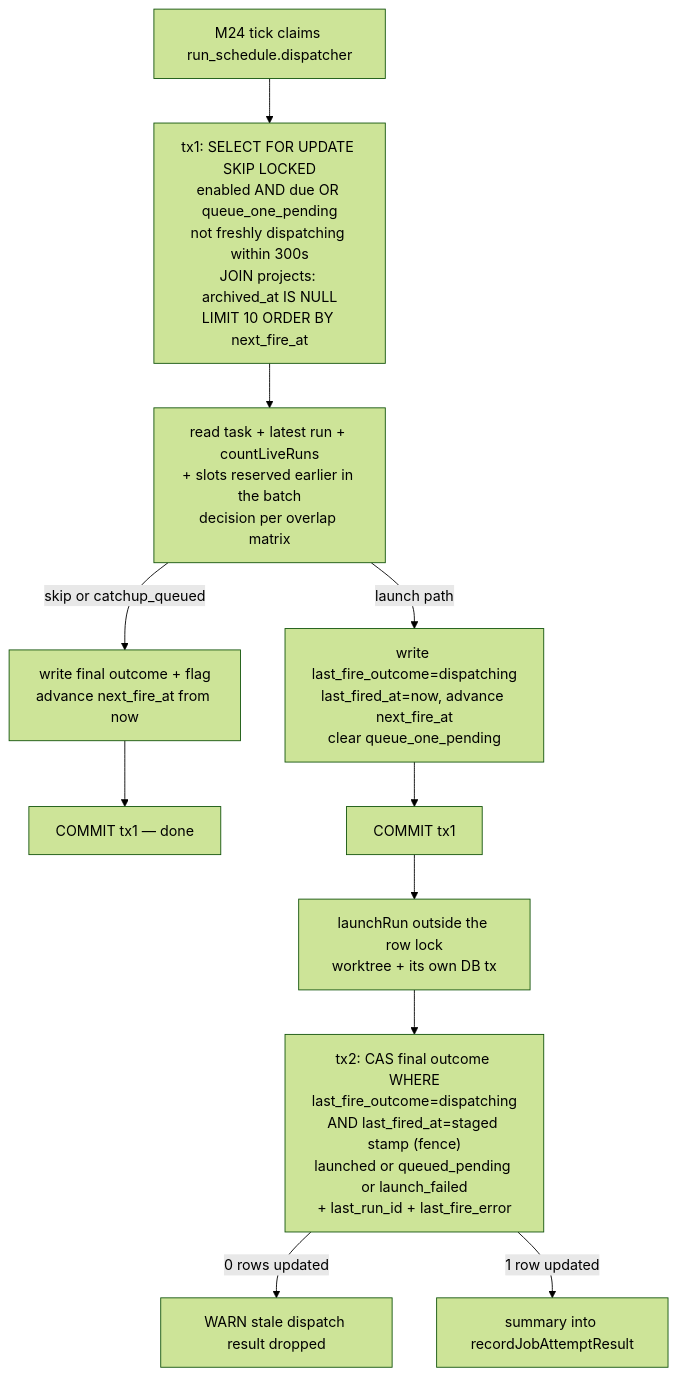
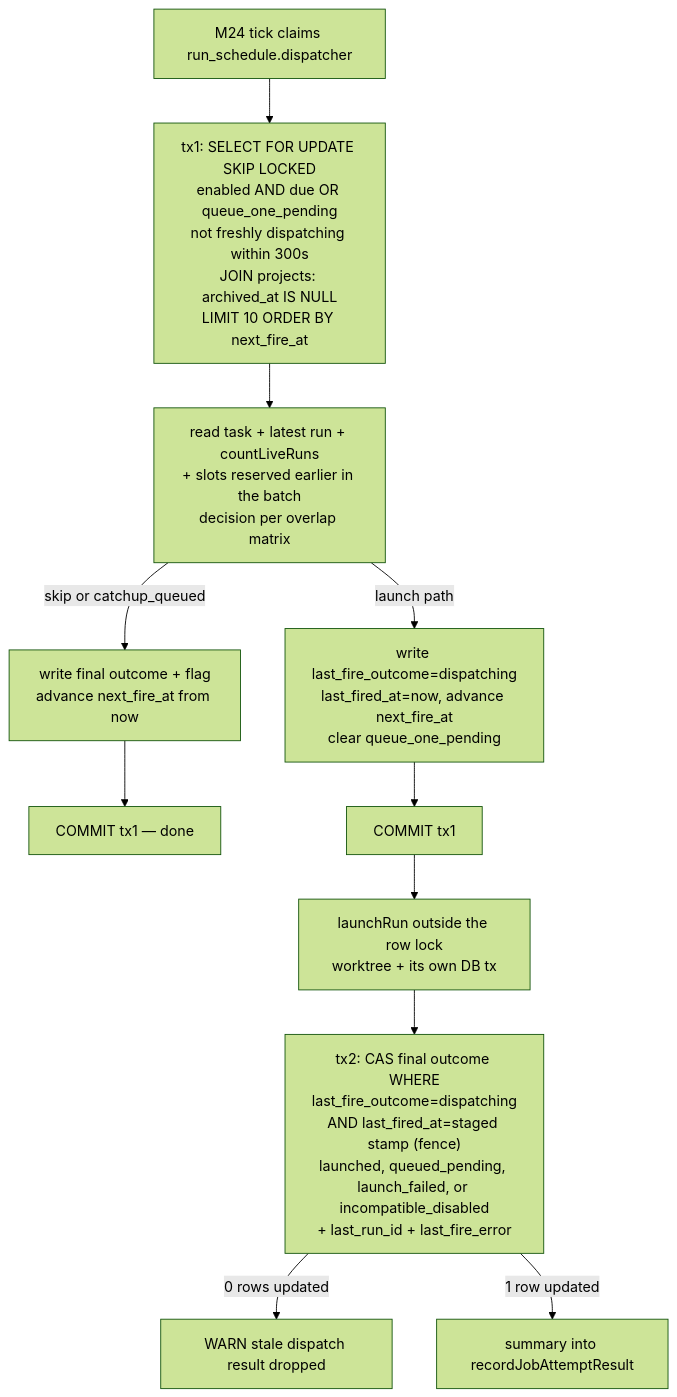
The second of 5 diagrams in docs/system-analytics/run-schedules.md (maister-dev/maister), drawn with Mermaid (forest theme) before and after one commit. The commit also changed other lines of this file and 34 other files, not shown here.

````diff
--- a/docs/system-analytics/run-schedules.md
+++ b/docs/system-analytics/run-schedules.md
@@ -108,13 +110,13 @@
 ```mermaid
 flowchart TD
     Tick[M24 tick claims run_schedule.dispatcher] --> Claim[tx1: SELECT FOR UPDATE SKIP LOCKED<br/>enabled AND due OR queue_one_pending<br/>not freshly dispatching within 300s<br/>JOIN projects: archived_at IS NULL<br/>LIMIT 10 ORDER BY next_fire_at]
     Claim --> Decide[read task + latest run + countLiveRuns<br/>+ slots reserved earlier in the batch<br/>decision per overlap matrix]
     Decide -- skip or catchup_queued --> NonLaunch[write final outcome + flag<br/>advance next_fire_at from now]
     NonLaunch --> Commit1[COMMIT tx1 — done]
     Decide -- launch path --> Intent[write last_fire_outcome=dispatching<br/>last_fired_at=now, advance next_fire_at<br/>clear queue_one_pending]
     Intent --> Commit2[COMMIT tx1]
     Commit2 --> Launch[launchRun outside the row lock<br/>worktree + its own DB tx]
-    Launch --> Tx2["tx2: CAS final outcome WHERE<br/>last_fire_outcome=dispatching<br/>AND last_fired_at=staged stamp (fence)<br/>launched or queued_pending or launch_failed<br/>+ last_run_id + last_fire_error"]
+    Launch --> Tx2["tx2: CAS final outcome WHERE<br/>last_fire_outcome=dispatching<br/>AND last_fired_at=staged stamp (fence)<br/>launched, queued_pending, launch_failed, or incompatible_disabled<br/>+ last_run_id + last_fire_error"]
     Tx2 -- 0 rows updated --> Stale[WARN stale dispatch result dropped]
     Tx2 -- 1 row updated --> Done[summary into recordJobAttemptResult]
 ```
````
